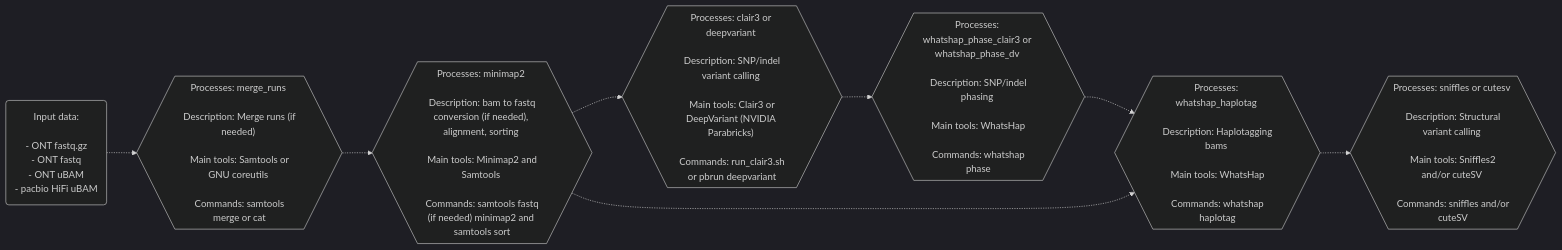
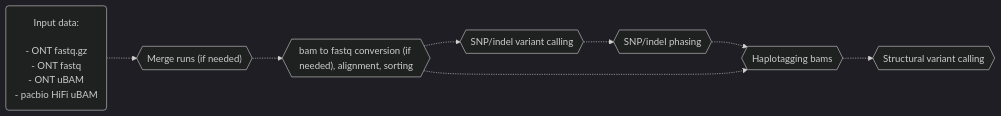
One commit to leahkemp/pipeface changed the first of 2 diagrams in README.md. Above: the diagram before and after it, drawn with Mermaid.

Commit message:
make simple graph actually simple

````diff
--- a/README.md
+++ b/README.md
@@ -16,16 +16,16 @@
 ```mermaid
 %%{init: {'theme':'dark'}}%%
 flowchart LR
 
 input_data("Input data: \n\n - ONT fastq.gz \n - ONT fastq \n - ONT uBAM \n - pacbio HiFi uBAM")
-merging{{"Processes: merge_runs \n\n Description: Merge runs (if needed) \n\n Main tools: Samtools or GNU coreutils \n\n Commands: samtools merge or cat"}}
-alignment{{"Processes: minimap2 \n\n Description: bam to fastq conversion (if needed), alignment, sorting \n\n Main tools: Minimap2 and Samtools \n\n Commands: samtools fastq (if needed) minimap2 and samtools sort"}}
-snp_indel_calling{{"Processes: clair3 or deepvariant \n\n Description: SNP/indel variant calling \n\n Main tools: Clair3 or DeepVariant (NVIDIA Parabricks) \n\n Commands: run_clair3.sh or pbrun deepvariant"}}
-snp_indel_phasing{{"Processes: whatshap_phase_clair3 or whatshap_phase_dv \n\n Description: SNP/indel phasing \n\n Main tools: WhatsHap \n\n Commands: whatshap phase"}}
-haplotagging{{"Processes: whatshap_haplotag \n\n Description: Haplotagging bams \n\n Main tools: WhatsHap \n\n Commands: whatshap haplotag"}}
-sv_calling{{"Processes: sniffles or cutesv \n\n Description: Structural variant calling \n\n Main tools: Sniffles2 and/or cuteSV \n\n Commands: sniffles and/or cuteSV"}}
+merging{{"Merge runs (if needed)"}}
+alignment{{"bam to fastq conversion (if needed), alignment, sorting"}}
+snp_indel_calling{{"SNP/indel variant calling"}}
+snp_indel_phasing{{"SNP/indel phasing"}}
+haplotagging{{"Haplotagging bams"}}
+sv_calling{{"Structural variant calling"}}
 
 input_data-.->merging-.->alignment-.->snp_indel_calling-.->snp_indel_phasing-.->haplotagging-.->sv_calling
 alignment-.->haplotagging
 
 ```
````
